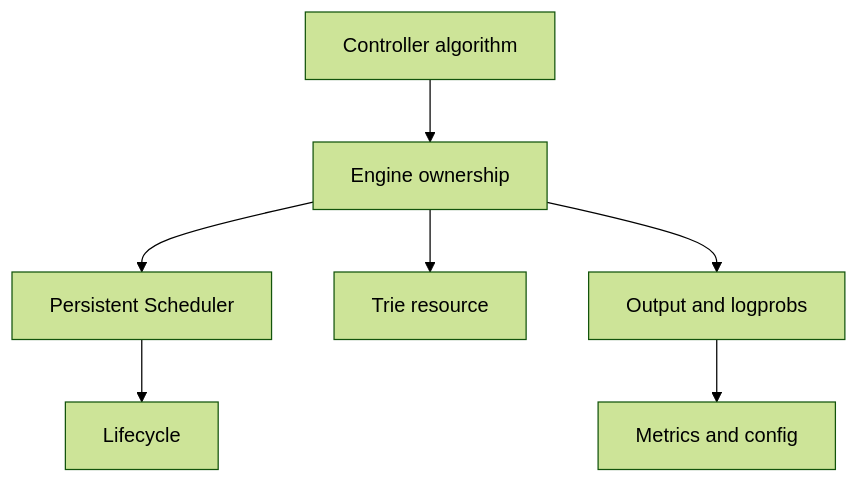
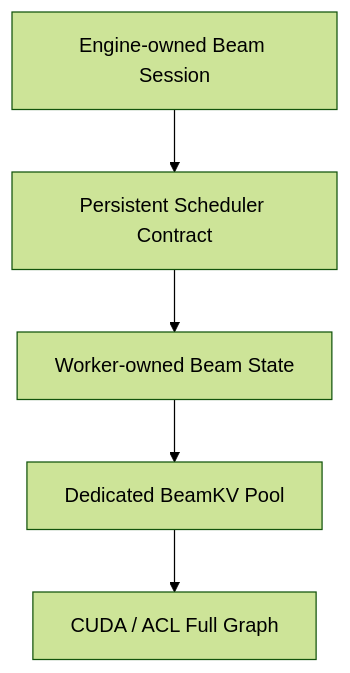
Diagram 14 of 14 in GR/engine_owned_persistent_beam_session_feature_design.md (zhanghanleo10/gr-related), drawn with Mermaid (forest theme) before and after one commit. The commit also changed other lines of this file, not shown here.

Commit message:
docs: focus persistent beam design on architecture

```diff
--- a/GR/engine_owned_persistent_beam_session_feature_design.md
+++ b/GR/engine_owned_persistent_beam_session_feature_design.md
@@ -1079,17 +1011,13 @@
 ~~~mermaid
-flowchart TD
-    C["Controller algorithm"]
-    E["Engine ownership"]
-    P["Persistent Scheduler"]
-    T["Trie resource"]
-    L["Lifecycle"]
-    O["Output and logprobs"]
-    M["Metrics and config"]
+flowchart TB
+    C["Engine-owned Beam Session"]
+    S["Persistent Scheduler Contract"]
+    W["Worker-owned Beam State"]
+    K["Dedicated BeamKV Pool"]
+    G["CUDA / ACL Full Graph"]
 
-    C --> E
-    E --> P
-    E --> T
-    P --> L
-    E --> O
-    O --> M
+    C --> S
+    S --> W
+    W --> K
+    K --> G
 ~~~
```
